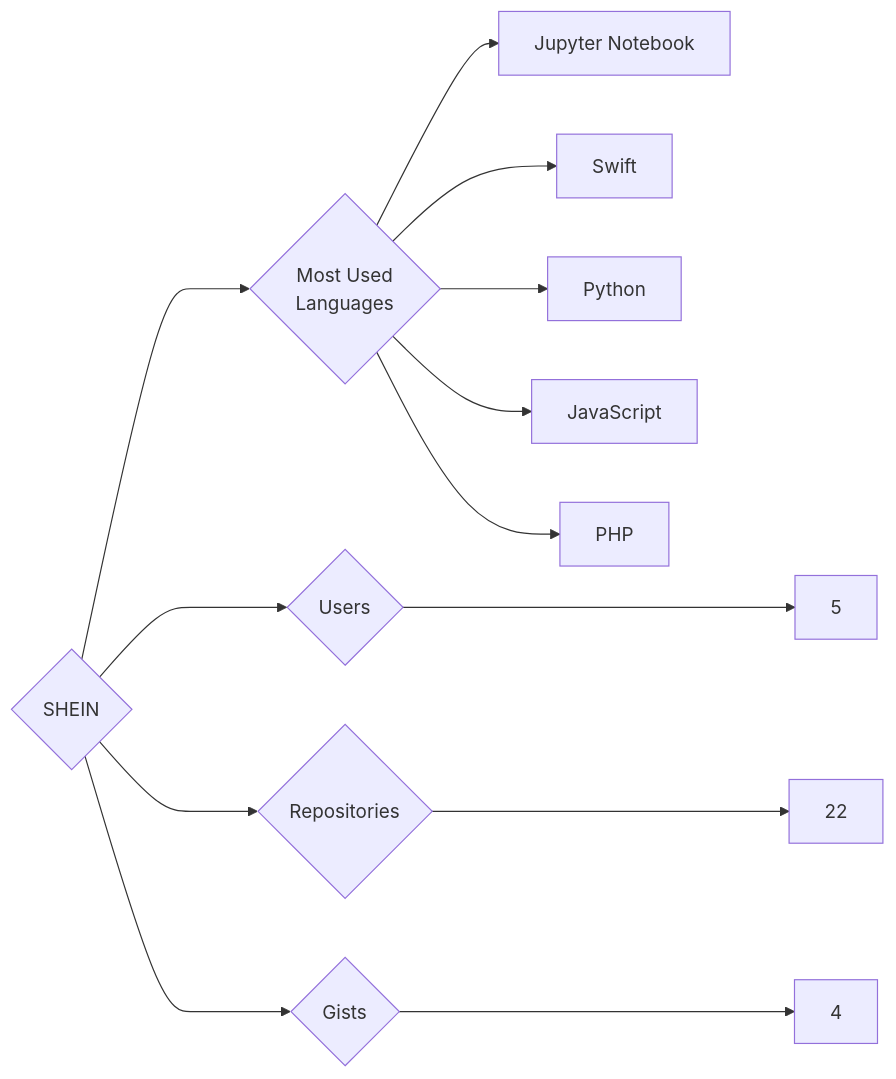
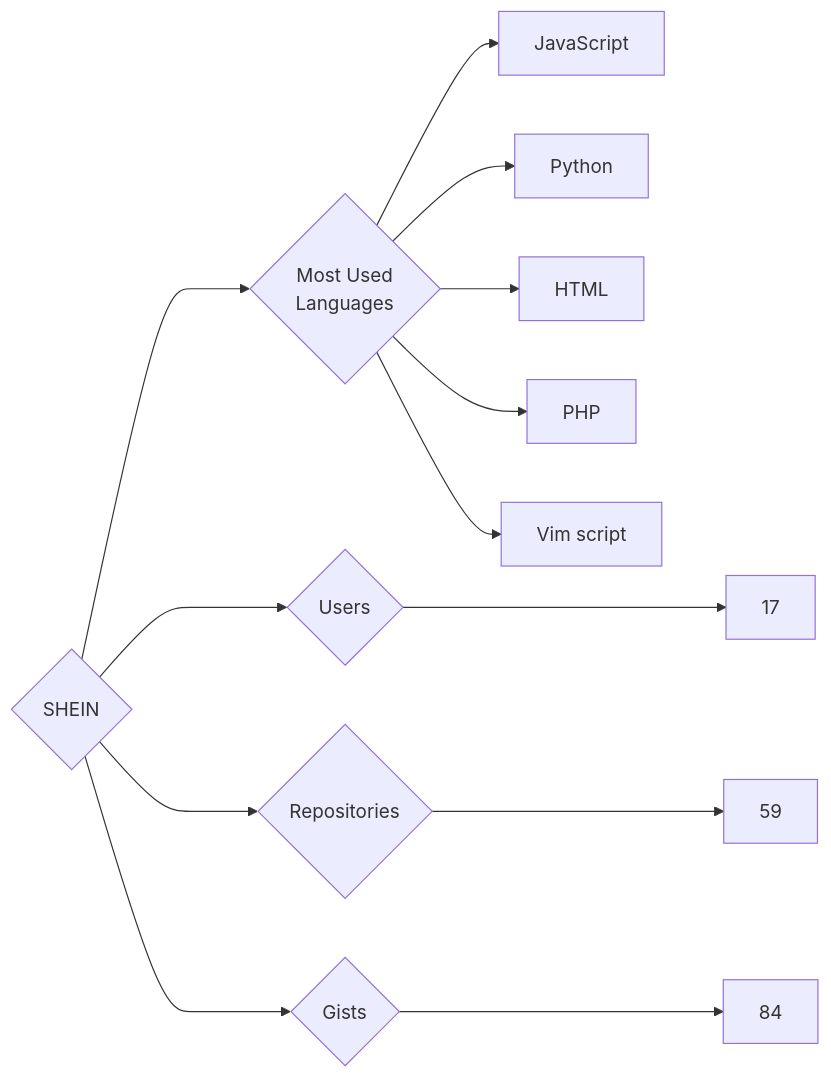
The diagram in targets/SHEIN/README.md (trickest/insiders), drawn with Mermaid before and after one commit. The commit also changed 948 other files, not shown here.

````diff
--- a/targets/SHEIN/README.md
+++ b/targets/SHEIN/README.md
@@ -3,13 +3,13 @@
 ```mermaid
 graph LR
 COMPANY_NAME{SHEIN}
-COMPANY_NAME ---> U{Users} ---> UN[5]
-COMPANY_NAME ---> R{Repositories} ---> RN[22]
-COMPANY_NAME ---> G{Gists} ---> GN[4]
+COMPANY_NAME ---> U{Users} ---> UN[17]
+COMPANY_NAME ---> R{Repositories} ---> RN[59]
+COMPANY_NAME ---> G{Gists} ---> GN[84]
 COMPANY_NAME ---> ML{Most Used<br>Languages}
-ML --> Jupyter_Notebook[Jupyter Notebook]
-ML --> Swift[Swift]
+ML --> JavaScript[JavaScript]
 ML --> Python[Python]
-ML --> JavaScript[JavaScript]
+ML --> HTML[HTML]
 ML --> PHP[PHP]
+ML --> Vim_script[Vim script]
 ```
````
